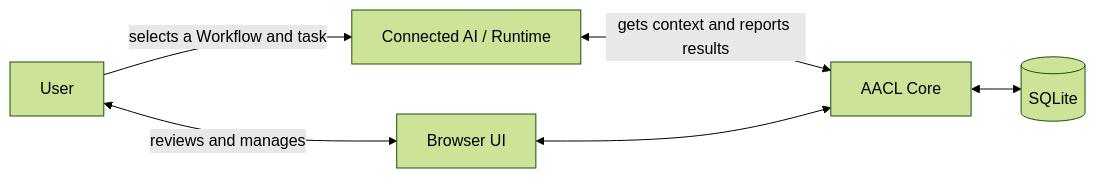
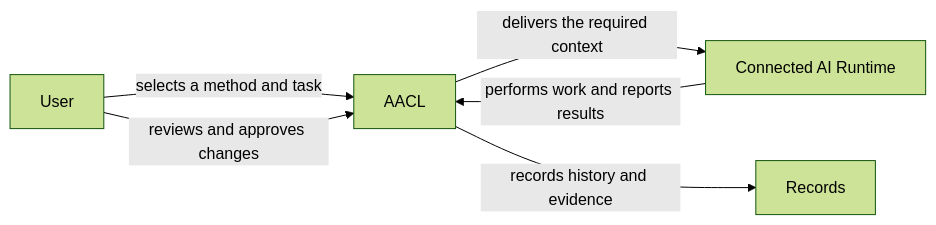
Before and after one commit to Memoria-ll/agent-asset-control-layer-personal: the first of 4 diagrams in README.md, drawn with Mermaid (forest theme). The commit also changed other lines of this file and 1 other file, not shown here.

First line of the commit message:
docs: focus README on AACL purpose

````diff
--- a/README.md
+++ b/README.md
@@ -9,8 +9,8 @@
 ```mermaid
 flowchart LR
-    User[User] -->|selects a Workflow and task| AI[Connected AI / Runtime]
-    AI <-->|gets context and reports results| Core[AACL Core]
-    Core <--> DB[(SQLite)]
-    User <-->|reviews and manages| UI[Browser UI]
-    UI <--> Core
+    User[User] -->|selects a method and task| AACL[AACL]
+    AACL -->|delivers the required context| Runtime[Connected AI Runtime]
+    Runtime -->|performs work and reports results| AACL
+    AACL -->|records history and evidence| Records[Records]
+    User -->|reviews and approves changes| AACL
 ```
````
